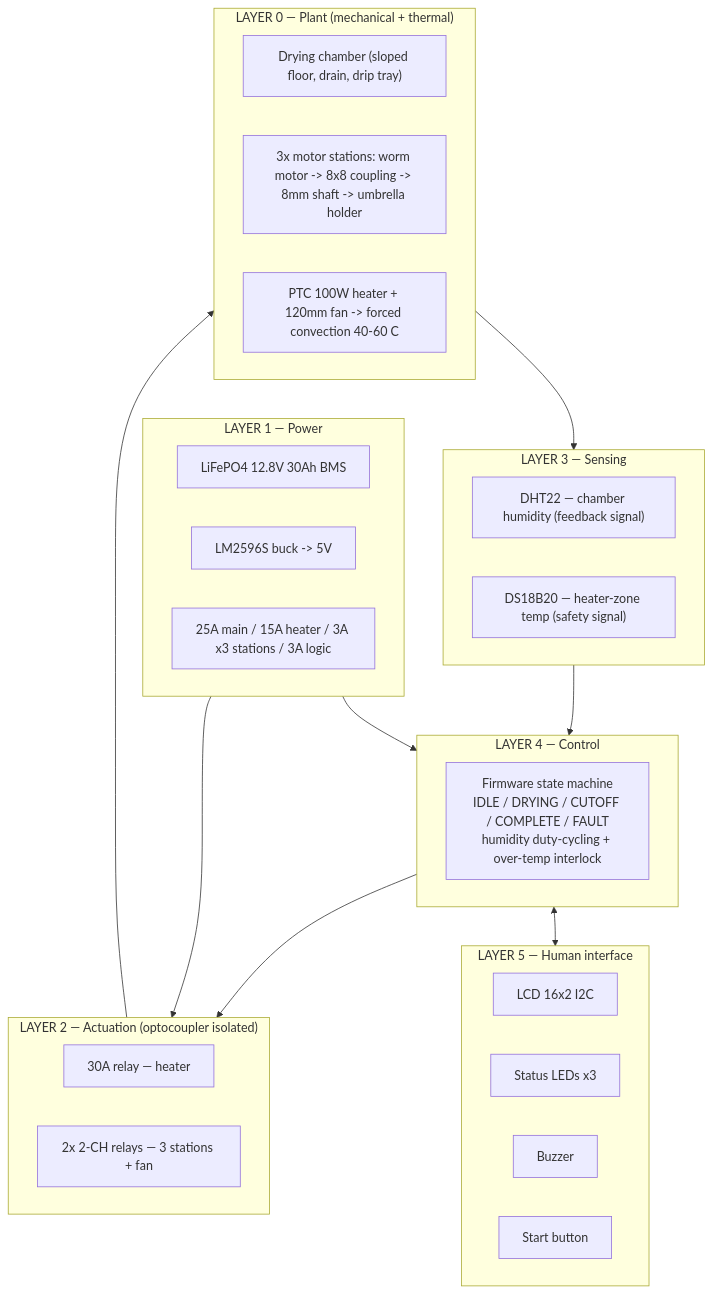
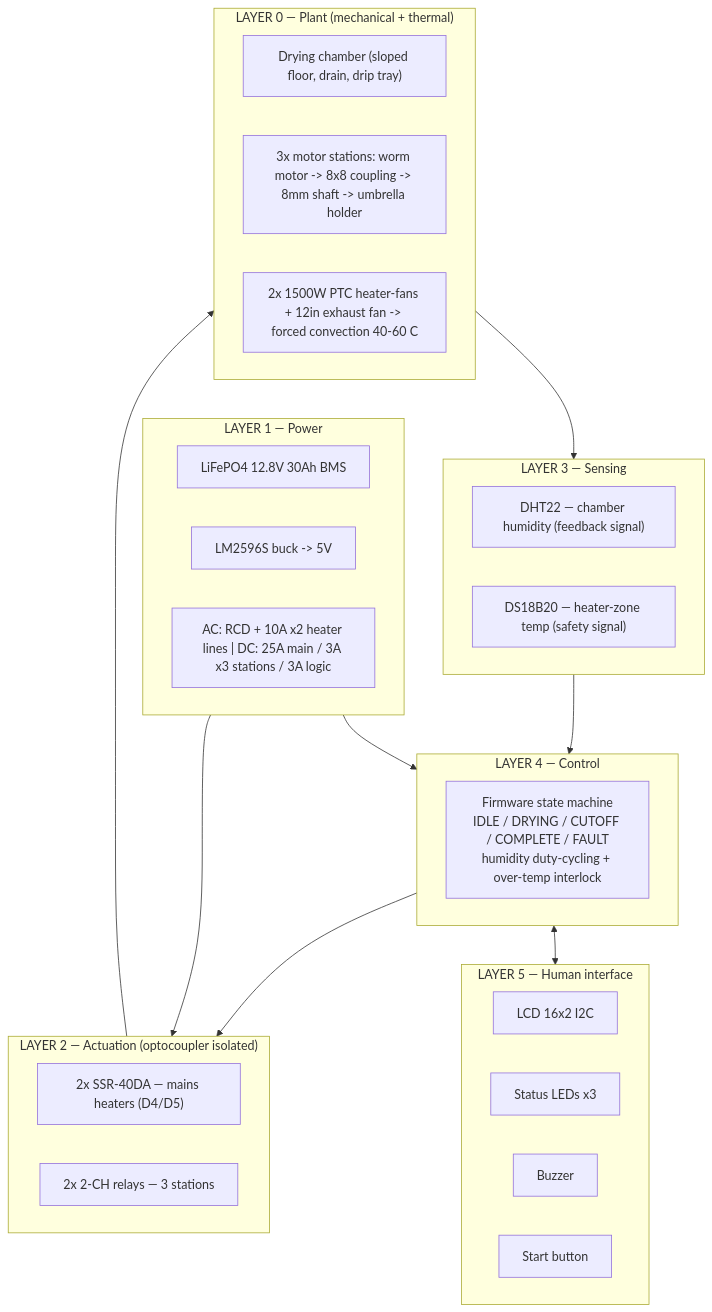
One commit to qppd/umbrella-dryer-v2 changed the first of 2 diagrams in docs/SYSTEM-ARCHITECTURE.md. Above: the diagram before and after it, drawn with Mermaid. The commit also changed other lines of this file and 13 other files, not shown here.

First line of the commit message:
Rev 5: move heating to 220V AC mains — 2x 1500W PTC heater-fans via 2x Fotek SSR-40DA, 12" Omni exhaust fan

````diff
--- a/docs/SYSTEM-ARCHITECTURE.md
+++ b/docs/SYSTEM-ARCHITECTURE.md
@@ -7,38 +7,38 @@
 ```mermaid
 flowchart TD
     subgraph L5["LAYER 5 — Human interface"]
         LCD["LCD 16x2 I2C"]
         LED["Status LEDs x3"]
         BUZ["Buzzer"]
         BTN["Start button"]
     end
     subgraph L4["LAYER 4 — Control"]
         FW["Firmware state machine<br/>IDLE / DRYING / CUTOFF / COMPLETE / FAULT<br/>humidity duty-cycling + over-temp interlock"]
     end
     subgraph L3["LAYER 3 — Sensing"]
         DHT22b["DHT22 — chamber humidity (feedback signal)"]
         DS18b["DS18B20 — heater-zone temp (safety signal)"]
     end
     subgraph L2["LAYER 2 — Actuation (optocoupler isolated)"]
-        RH["30A relay — heater"]
-        RM["2x 2-CH relays — 3 stations + fan"]
+        RH["2x SSR-40DA — mains heaters (D4/D5)"]
+        RM["2x 2-CH relays — 3 stations"]
     end
     subgraph L1["LAYER 1 — Power"]
         BAT["LiFePO4 12.8V 30Ah BMS"]
         BUCK["LM2596S buck -> 5V"]
-        FUSES["25A main / 15A heater / 3A x3 stations / 3A logic"]
+        FUSES["AC: RCD + 10A x2 heater lines | DC: 25A main / 3A x3 stations / 3A logic"]
     end
     subgraph L0["LAYER 0 — Plant (mechanical + thermal)"]
         CH["Drying chamber (sloped floor, drain, drip tray)"]
         ST["3x motor stations: worm motor -> 8x8 coupling -> 8mm shaft -> umbrella holder"]
-        HEAT["PTC 100W heater + 120mm fan -> forced convection 40-60 C"]
+        HEAT["2x 1500W PTC heater-fans + 12in exhaust fan -> forced convection 40-60 C"]
     end
 
     L0 --> L3
     L3 --> L4
     L4 --> L2
     L2 --> L0
     L1 --> L2
     L1 --> L4
     L4 <--> L5
 ```
````
